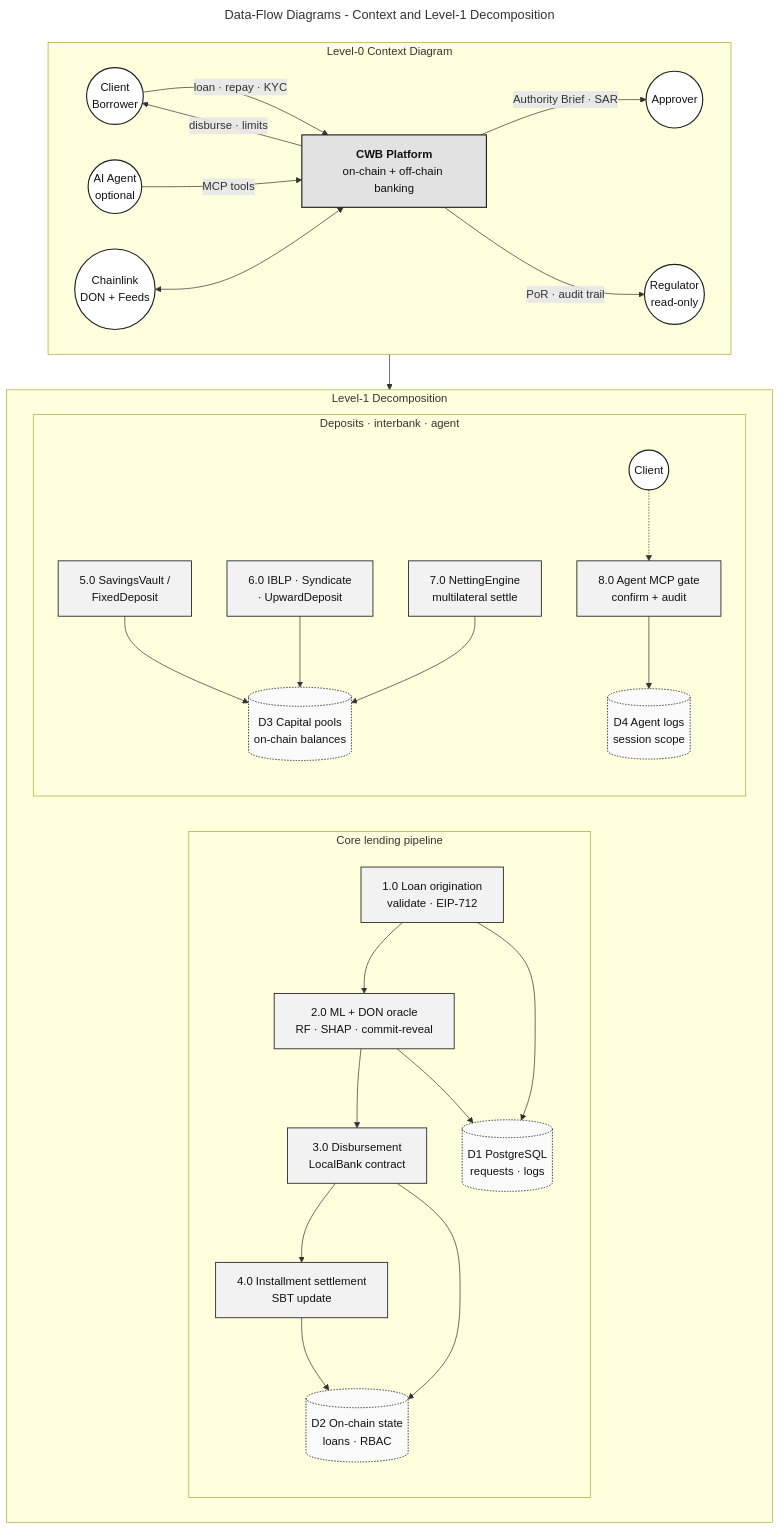
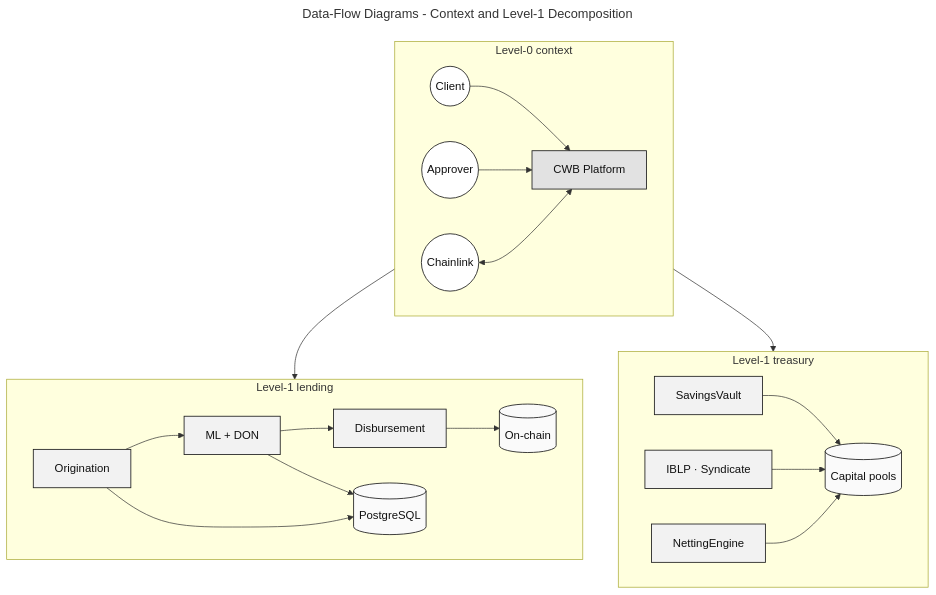
Before and after one commit to Yuvraajrahman/Cryto-World-Bank: the diagram in Documentation/Diagrams/mermaid-src/improved diagrams/fig-dfd-suite.mmd, drawn with Mermaid. The commit also changed 93 other files, not shown here.

First line of the commit message:
Add v30 thesis draft with Chapter 1 Mermaid diagrams and diagram pipeline updates.

```diff
--- a/Documentation/Diagrams/mermaid-src/improved diagrams/fig-dfd-suite.mmd
+++ b/Documentation/Diagrams/mermaid-src/improved diagrams/fig-dfd-suite.mmd
@@ -1,55 +1,41 @@
 ---
 title: Data-Flow Diagrams - Context and Level-1 Decomposition
 ---
 flowchart TB
-    classDef ext   fill:#FFFFFF,stroke:#1F1F1F,stroke-width:1.6px,color:#111111
+    classDef ext   fill:#FFFFFF,stroke:#1F1F1F,stroke-width:1.2px,color:#111111
     classDef proc  fill:#F2F2F2,stroke:#1F1F1F,stroke-width:1.2px,color:#111111
-    classDef store fill:#FAFAFA,stroke:#1F1F1F,stroke-width:1.2px,color:#111111,stroke-dasharray:2 2
-    classDef sys   fill:#E2E2E2,stroke:#1F1F1F,stroke-width:1.6px,color:#111111
+    classDef store fill:#FAFAFA,stroke:#1F1F1F,stroke-width:1.2px,color:#111111
+    classDef sys   fill:#E2E2E2,stroke:#1F1F1F,stroke-width:1.2px,color:#111111
 
-    subgraph L0[" Level-0 Context Diagram "]
+    subgraph L0[" Level-0 context "]
         direction LR
-        BORR(("Client<br/>Borrower")):::ext
+        BORR(("Client")):::ext
         APV(("Approver")):::ext
-        REG(("Regulator<br/>read-only")):::ext
-        CL(("Chainlink<br/>DON + Feeds")):::ext
-        AGT(("AI Agent<br/>optional")):::ext
-        CWB["<b>CWB Platform</b><br/>on-chain + off-chain banking"]:::sys
-
-        BORR -- "loan · repay · KYC" --> CWB
-        AGT -- "MCP tools" --> CWB
-        CWB -- "Authority Brief · SAR" --> APV
-        CWB -- "PoR · audit trail" --> REG
+        CL(("Chainlink")):::ext
+        CWB["CWB Platform"]:::sys
+        BORR & APV --> CWB
         CL <--> CWB
-        CWB -- "disburse · limits" --> BORR
     end
 
-    subgraph L1ROW[" Level-1 Decomposition "]
+    subgraph L1A[" Level-1 lending "]
         direction LR
-        subgraph L1A[" Core lending pipeline "]
-            direction TB
-            P1["1.0 Loan origination<br/>validate · EIP-712"]:::proc
-            P2["2.0 ML + DON oracle<br/>RF · SHAP · commit-reveal"]:::proc
-            P3["3.0 Disbursement<br/>LocalBank contract"]:::proc
-            P4["4.0 Installment settlement<br/>SBT update"]:::proc
-            D1[("D1 PostgreSQL<br/>requests · logs")]:::store
-            D2[("D2 On-chain state<br/>loans · RBAC")]:::store
-            P1 --> P2 --> P3 --> P4
-            P1 & P2 --> D1
-            P3 & P4 --> D2
-        end
-        subgraph L1B[" Deposits · interbank · agent "]
-            direction TB
-            Q1["5.0 SavingsVault /<br/>FixedDeposit"]:::proc
-            Q2["6.0 IBLP · Syndicate<br/>· UpwardDeposit"]:::proc
-            Q3["7.0 NettingEngine<br/>multilateral settle"]:::proc
-            Q4["8.0 Agent MCP gate<br/>confirm + audit"]:::proc
-            E1[("D3 Capital pools<br/>on-chain balances")]:::store
-            E2[("D4 Agent logs<br/>session scope")]:::store
-            Q1 & Q2 & Q3 --> E1
-            Q4 --> E2
-            BORR2(("Client")):::ext -.-> Q4
-        end
+        P1["Origination"]:::proc
+        P2["ML + DON"]:::proc
+        P3["Disbursement"]:::proc
+        D1[("PostgreSQL")]:::store
+        D2[("On-chain")]:::store
+        P1 --> P2 --> P3 --> D2
+        P1 & P2 --> D1
     end
 
-    L0 --> L1ROW
+    subgraph L1B[" Level-1 treasury "]
+        direction LR
+        Q1["SavingsVault"]:::proc
+        Q2["IBLP · Syndicate"]:::proc
+        Q3["NettingEngine"]:::proc
+        E1[("Capital pools")]:::store
+        Q1 & Q2 & Q3 --> E1
+    end
+
+    L0 --> L1A
+    L0 --> L1B
```
